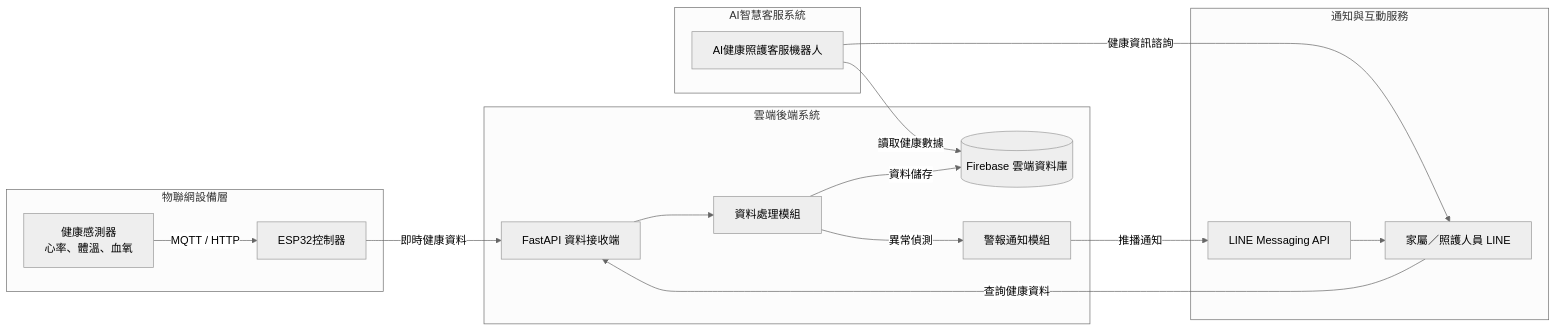
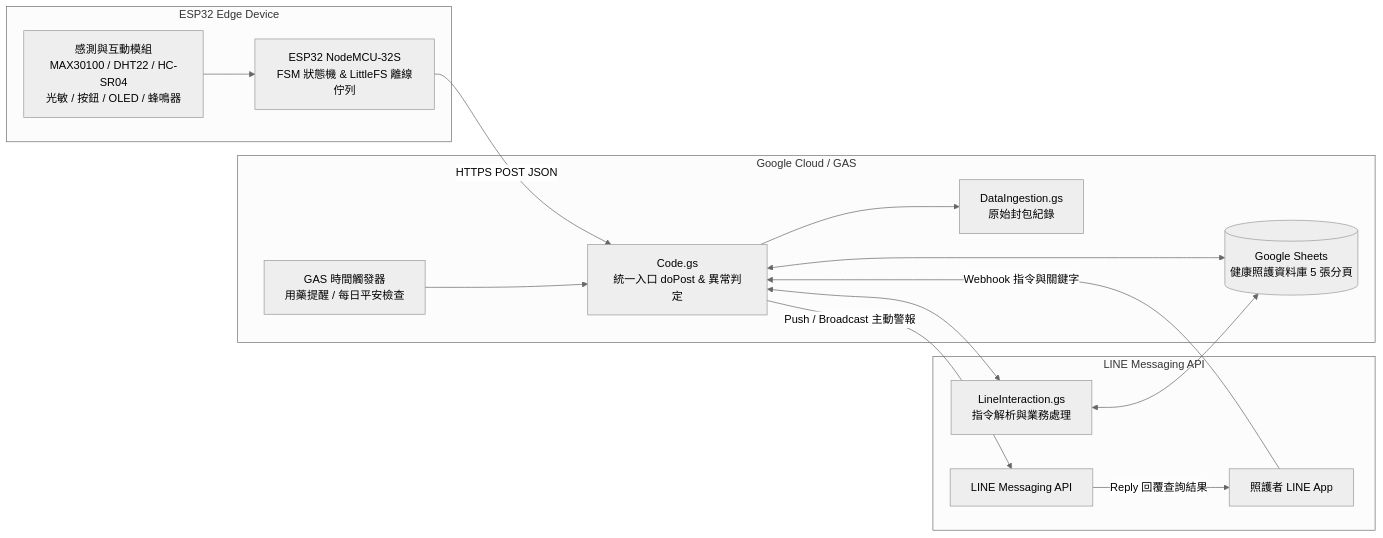
The diagram in README.md (Bruse527/IOT-for-Healthcare), drawn with Mermaid (neutral theme) before and after one commit. The commit also changed other lines of this file, not shown here.

````diff
--- a/README.md
+++ b/README.md
@@ -60,33 +43,21 @@
 ```mermaid
 flowchart LR
-
-    subgraph 物聯網設備層
-        A[健康感測器<br/>心率、體溫、血氧] -->|MQTT / HTTP| B[ESP32控制器]
+    subgraph 物聯網設備層 [ESP32 Edge Device]
+        A[感測與互動模組<br/>MAX30100 / DHT22 / HC-SR04<br/>光敏 / 按鈕 / OLED / 蜂鳴器] --> B[ESP32 NodeMCU-32S<br/>FSM 狀態機 & LittleFS 離線佇列]
     end
 
-    subgraph 雲端後端系統
-        B -->|即時健康資料| C[FastAPI 資料接收端]
-
-        C --> D[資料處理模組]
-
-        D -->|資料儲存| E[(Firebase 雲端資料庫)]
-
-        D -->|異常偵測| F[警報通知模組]
+    subgraph 雲端無伺服器後端 [Google Cloud / GAS]
+        B -->|HTTPS POST JSON| C[Code.gs<br/>統一入口 doPost & 異常判定]
+        C --> D[DataIngestion.gs<br/>原始封包紀錄]
+        C <--> E[(Google Sheets<br/>健康照護資料庫 5 張分頁)]
+        T[GAS 時間觸發器<br/>用藥提醒 / 每日平安檢查] --> C
     end
 
-    subgraph 通知與互動服務
-        F -->|推播通知| G[LINE Messaging API]
-
-        G --> H[家屬／照護人員 LINE]
-        
-        H -->|查詢健康資料| C
-    end
-
-    subgraph AI智慧客服系統
-        I[AI健康照護客服機器人]
-        
-        I -->|健康資訊諮詢| H
-        
-        I -->|讀取健康數據| E
+    subgraph 通知與互動層 [LINE Messaging API]
+        C -->|Push / Broadcast 主動警報| G[LINE Messaging API]
+        G -->|Reply 回覆查詢結果| H[照護者 LINE App]
+        H -->|Webhook 指令與關鍵字| C
+        C <--> L[LineInteraction.gs<br/>指令解析與業務處理]
+        L <--> E
     end
 ```
````
